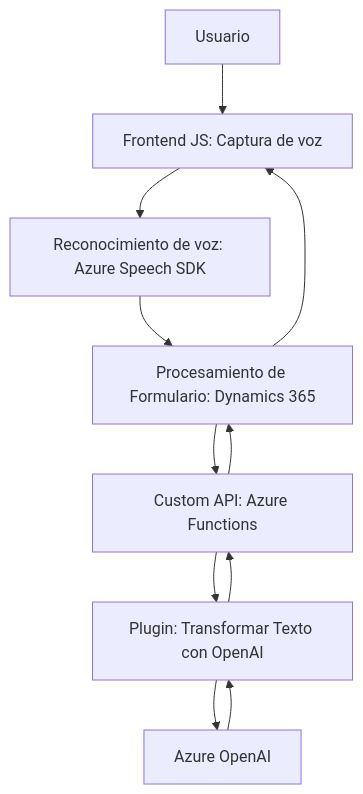
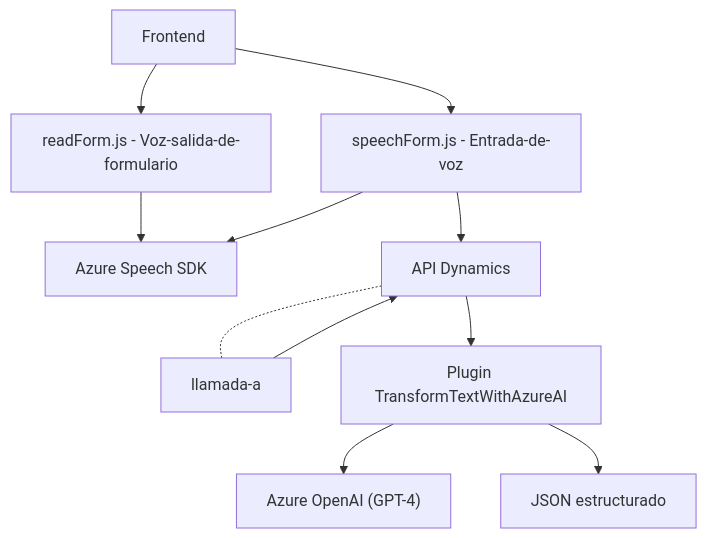
The diagram in README.md (blopezdm/NETCORE_BILBAO2025), drawn with Mermaid before and after one commit. The commit also changed other lines of this file, not shown here.

Commit message:
Actualizar análisis global de la solución con IA

````diff
--- a/README.md
+++ b/README.md
@@ -39,13 +46,14 @@
 ```mermaid
 graph TD
-    A["Usuario"] --> B["Frontend JS: Captura de voz"]
-    B --> C["Reconocimiento de voz: Azure Speech SDK"]
-    C --> D["Procesamiento de Formulario: Dynamics 365"]
-    D --> E["Custom API: Azure Functions"]
-    E --> F["Plugin: Transformar Texto con OpenAI"]
-    F --> G["Azure OpenAI"]
-    G --> F
-    F --> E
-    E --> D
-    D --> B
+    A["Frontend"] --> B["readForm.js - Voz-salida-de-formulario"]
+    A --> C["speechForm.js - Entrada-de-voz"]
+
+    B --> D["Azure Speech SDK"]
+    C --> D
+
+    C --> E["API Dynamics"].-llamada-a-->
+    E --> F["Plugin TransformTextWithAzureAI"]
+
+    F --> G["Azure OpenAI (GPT-4)"]
+    F --> H["JSON estructurado"]
 ```
````
